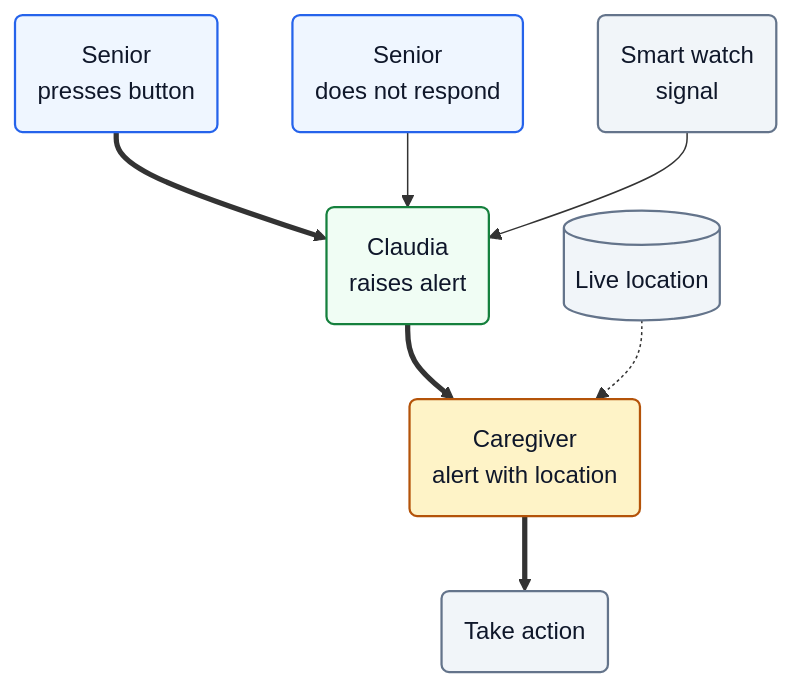
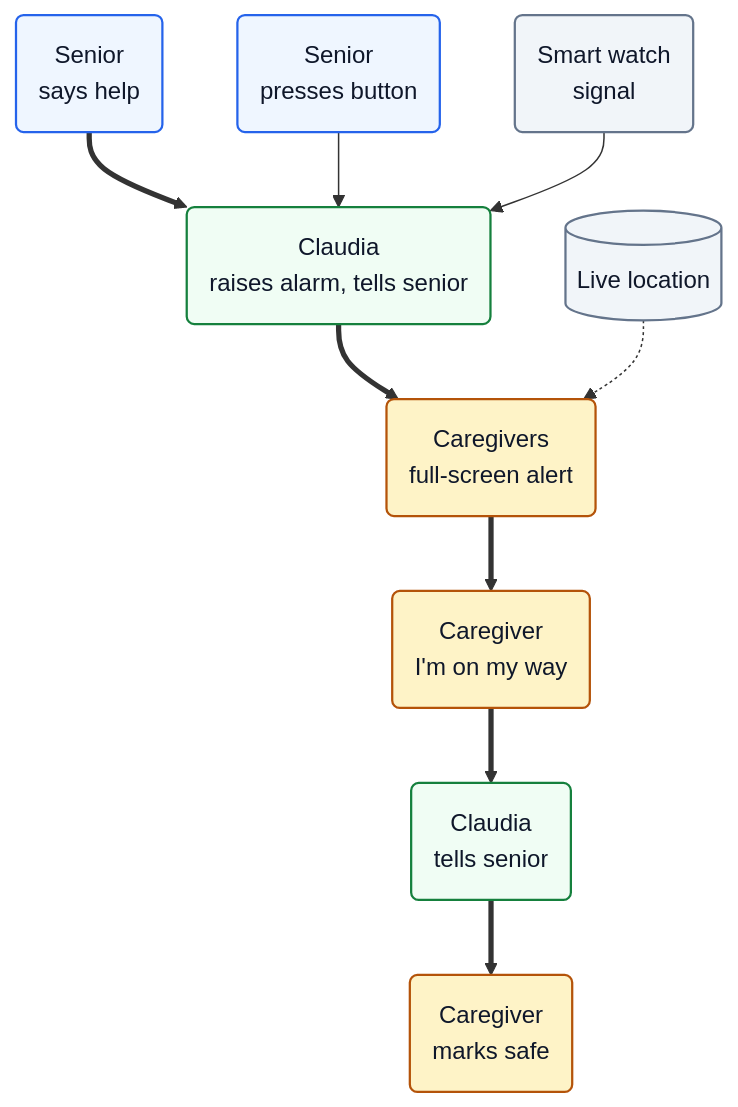
The fourth of 5 diagrams in docs/specs/03-live-location/spec.md (David3Ar/claudia-caretaker-magdehack), drawn with Mermaid before and after one commit. The commit also changed other lines of this file and 42 other files, not shown here.

Commit message:
docs(live-location): move to specs structure with flow player and step images

````diff
--- a/docs/specs/03-live-location/spec.md
+++ b/docs/specs/03-live-location/spec.md
@@ -107,23 +218,27 @@
 ```mermaid
 flowchart TB
-    accTitle: Emergency alert flow from trigger to action
-    T1("Senior<br/>presses button"):::senior
-    T2("Senior<br/>does not respond"):::senior
+    accTitle: Emergency by voice or button, from alert to safe
+    T1("Senior<br/>says help"):::senior
+    T2("Senior<br/>presses button"):::senior
     T3("Smart watch<br/>signal"):::other
-    E1("Claudia<br/>raises alert"):::claudia
-    E2("Caregiver<br/>alert with location"):::caregiver
-    E3("Take action"):::other
+    E1("Claudia<br/>raises alarm, tells senior"):::claudia
+    E2("Caregivers<br/>full-screen alert"):::caregiver
+    E3("Caregiver<br/>I'm on my way"):::caregiver
+    E4("Claudia<br/>tells senior"):::claudia
+    E5("Caregiver<br/>marks safe"):::caregiver
     LOC[("Live location")]:::other
 
     T1 ==> E1
     T2 --> E1
     T3 --> E1
     E1 ==> E2
     E2 ==> E3
+    E3 ==> E4
+    E4 ==> E5
     LOC -.-> E2
 
     classDef senior    fill:#eff6ff,stroke:#2563eb,stroke-width:1.5px,color:#0f172a
     classDef caregiver fill:#fef3c7,stroke:#b45309,stroke-width:1.5px,color:#0f172a
     classDef claudia   fill:#f0fdf4,stroke:#15803d,stroke-width:1.5px,color:#0f172a
     classDef other     fill:#f1f5f9,stroke:#64748b,stroke-width:1.5px,color:#0f172a
 ```
````
